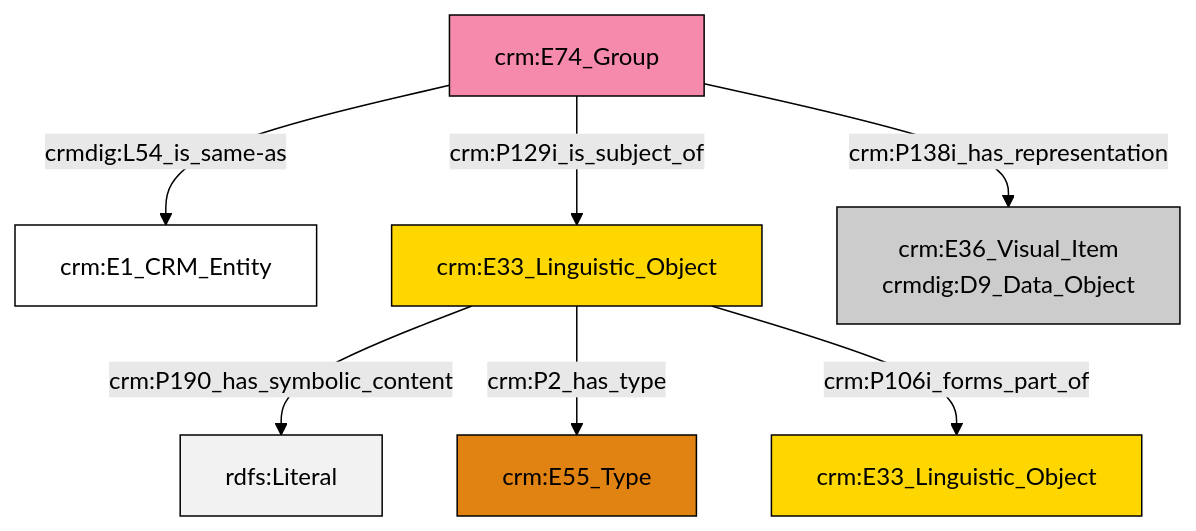
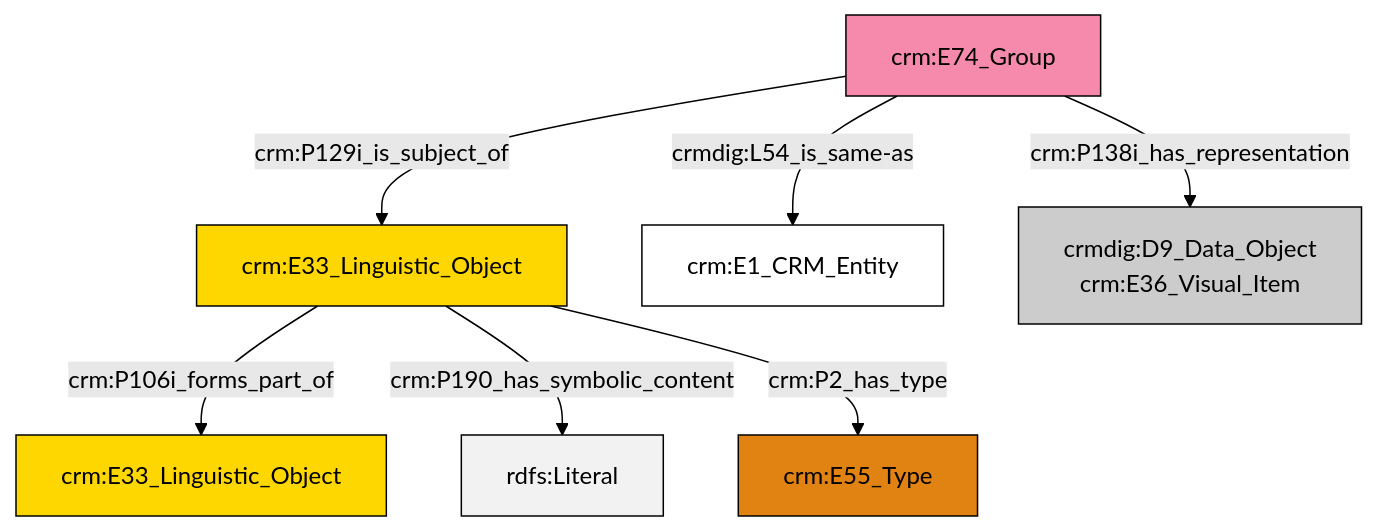
The diagram in et/groupCSV/ttl/mmd/group_documentation.ttl.mmd (swiss-art-research-net/reference-data-models), drawn with Mermaid (forest theme) before and after one commit. The commit also changed 119 other files, not shown here.

```diff
--- a/et/groupCSV/ttl/mmd/group_documentation.ttl.mmd
+++ b/et/groupCSV/ttl/mmd/group_documentation.ttl.mmd
@@ -1,21 +1,21 @@
 graph TD
 classDef Literal fill:#f2f2f2,stroke:#000000;
 classDef CRM_Entity fill:#FFFFFF,stroke:#000000;
 classDef Temporal_Entity fill:#00C9E6, stroke:#000000;
 classDef Type fill:#E18312, stroke:#000000;
 classDef Time-Span fill:#2C9C91, stroke:#000000;
 classDef Appellation fill:#FFEB7F, stroke:#000000;
 classDef Place fill:#008836, stroke:#000000;
 classDef Persistent_Item fill:#B266B2, stroke:#000000;
 classDef Conceptual_Object fill:#FFD700, stroke:#000000;
 classDef Physical_Thing fill:#D2B48C, stroke:#000000;
 classDef Actor fill:#f58aad, stroke:#000000;
 classDef PC_Classes fill:#4ce600, stroke:#000000;
 classDef Multi fill:#cccccc,stroke:#000000;
 
-0["crm:E74_Group"]:::Actor -->|crmdig:L54_is_same-as| 1["crm:E1_CRM_Entity"]:::CRM_Entity
-2["crm:E33_Linguistic_Object"]:::Conceptual_Object -->|crm:P190_has_symbolic_content| 3[rdfs:Literal]:::Literal
-0["crm:E74_Group"]:::Actor -->|crm:P138i_has_representation| 4["crm:E36_Visual_Item<br>crmdig:D9_Data_Object"]:::Multi
-2["crm:E33_Linguistic_Object"]:::Conceptual_Object -->|crm:P2_has_type| 8["crm:E55_Type"]:::Type
-0["crm:E74_Group"]:::Actor -->|crm:P129i_is_subject_of| 2["crm:E33_Linguistic_Object"]:::Conceptual_Object
-2["crm:E33_Linguistic_Object"]:::Conceptual_Object -->|crm:P106i_forms_part_of| 13["crm:E33_Linguistic_Object"]:::Conceptual_Object
+0["crm:E33_Linguistic_Object"]:::Conceptual_Object -->|crm:P106i_forms_part_of| 1["crm:E33_Linguistic_Object"]:::Conceptual_Object
+4["crm:E74_Group"]:::Actor -->|crm:P138i_has_representation| 5["crmdig:D9_Data_Object<br>crm:E36_Visual_Item"]:::Multi
+0["crm:E33_Linguistic_Object"]:::Conceptual_Object -->|crm:P190_has_symbolic_content| 6[rdfs:Literal]:::Literal
+0["crm:E33_Linguistic_Object"]:::Conceptual_Object -->|crm:P2_has_type| 7["crm:E55_Type"]:::Type
+4["crm:E74_Group"]:::Actor -->|crmdig:L54_is_same-as| 2["crm:E1_CRM_Entity"]:::CRM_Entity
+4["crm:E74_Group"]:::Actor -->|crm:P129i_is_subject_of| 0["crm:E33_Linguistic_Object"]:::Conceptual_Object
```
